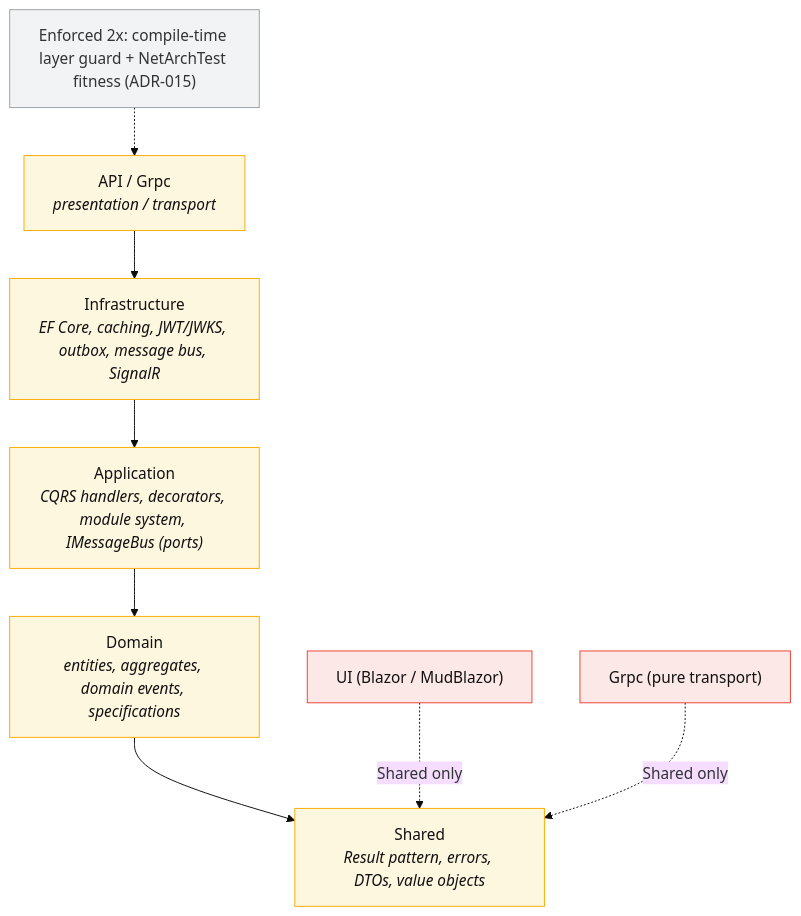
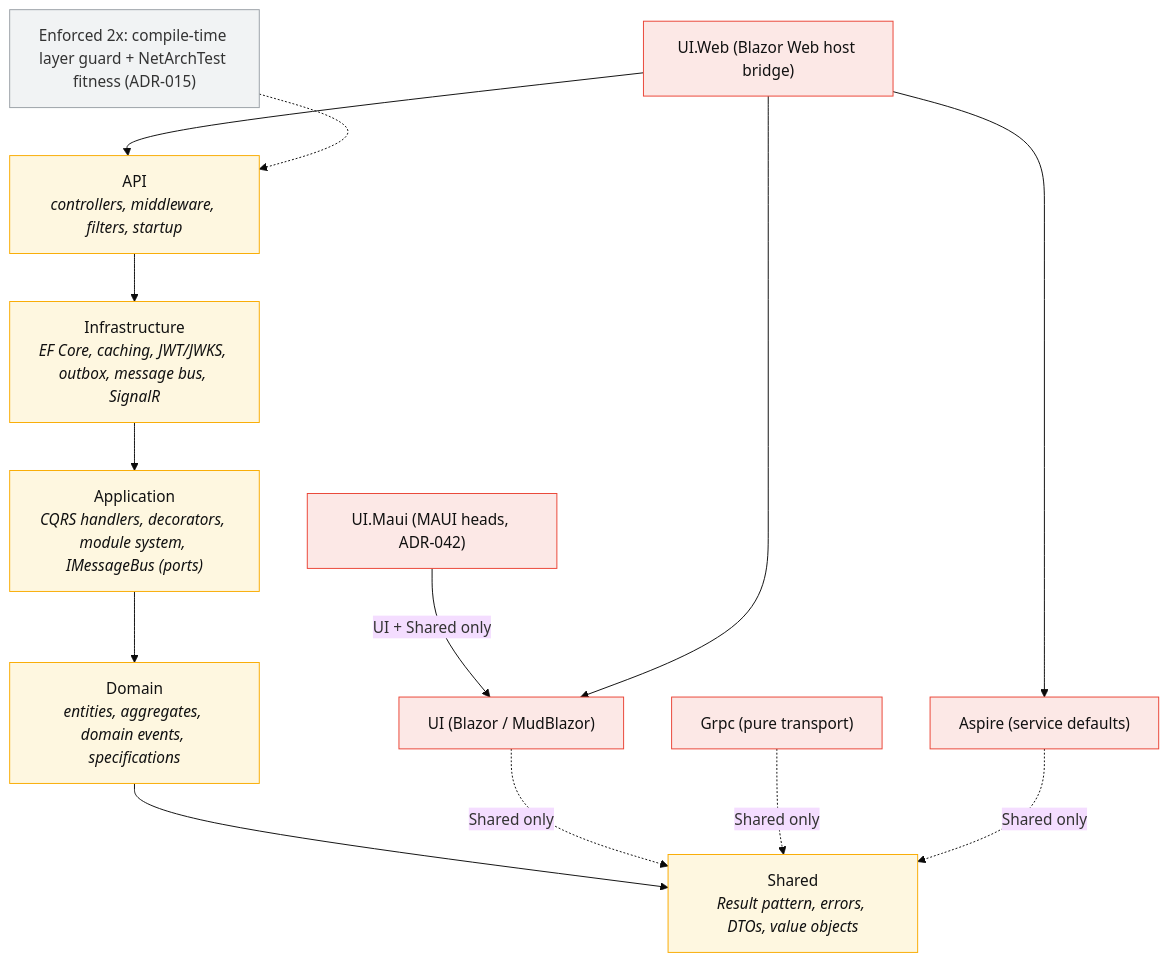
Before and after one commit to ivanball/ivanball.github.io: the second of 15 diagrams in docs-src/onboarding/CONCEPT-MAPS.md, drawn with Mermaid (base theme). The commit also changed other lines of this file and 15 other files, not shown here.

````diff
--- a/docs-src/onboarding/CONCEPT-MAPS.md
+++ b/docs-src/onboarding/CONCEPT-MAPS.md
@@ -70,24 +79,32 @@
 ```mermaid
 flowchart TD
-    APIL["API / Grpc<br/><i>presentation / transport</i>"]
+    APIL["API<br/><i>controllers, middleware, filters, startup</i>"]
     INFL["Infrastructure<br/><i>EF Core, caching, JWT/JWKS, outbox, message bus, SignalR</i>"]
     APPL["Application<br/><i>CQRS handlers, decorators, module system, IMessageBus (ports)</i>"]
     DOML["Domain<br/><i>entities, aggregates, domain events, specifications</i>"]
     SHRL["Shared<br/><i>Result pattern, errors, DTOs, value objects</i>"]
     UIL["UI (Blazor / MudBlazor)"]
     GRPCL["Grpc (pure transport)"]
+    ASPL["Aspire (service defaults)"]
+    UIMA["UI.Maui (MAUI heads, ADR-042)"]
+    UIWB["UI.Web (Blazor Web host bridge)"]
 
     APIL --> INFL --> APPL --> DOML --> SHRL
     UIL -.->|"Shared only"| SHRL
     GRPCL -.->|"Shared only"| SHRL
+    ASPL -.->|"Shared only"| SHRL
+    UIMA -->|"UI + Shared only"| UIL
+    UIWB --> UIL
+    UIWB --> APIL
+    UIWB --> ASPL
 
     ENF["Enforced 2x: compile-time layer guard + NetArchTest fitness (ADR-015)"]
     ENF -.-> APIL
 
     classDef layer fill:#fef7e0,stroke:#f9ab00,color:#111
     classDef exc fill:#fce8e6,stroke:#ea4335,color:#111
     classDef note fill:#f1f3f4,stroke:#9aa0a6,color:#333
     class APIL,INFL,APPL,DOML,SHRL layer
-    class UIL,GRPCL exc
+    class UIL,GRPCL,ASPL,UIMA,UIWB exc
     class ENF note
 ```
````
